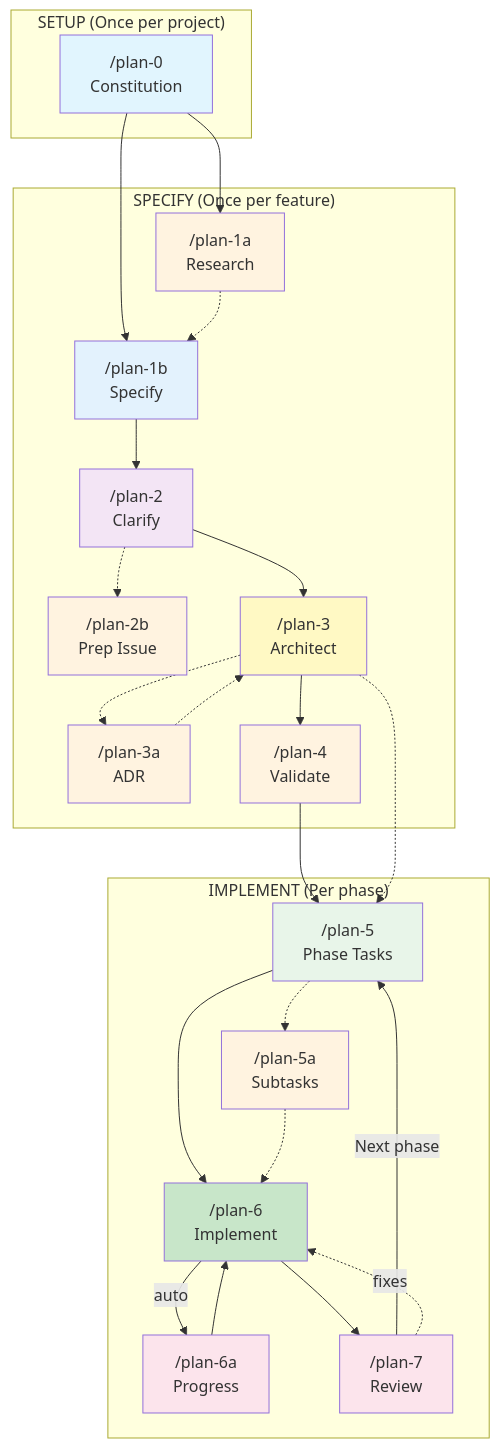
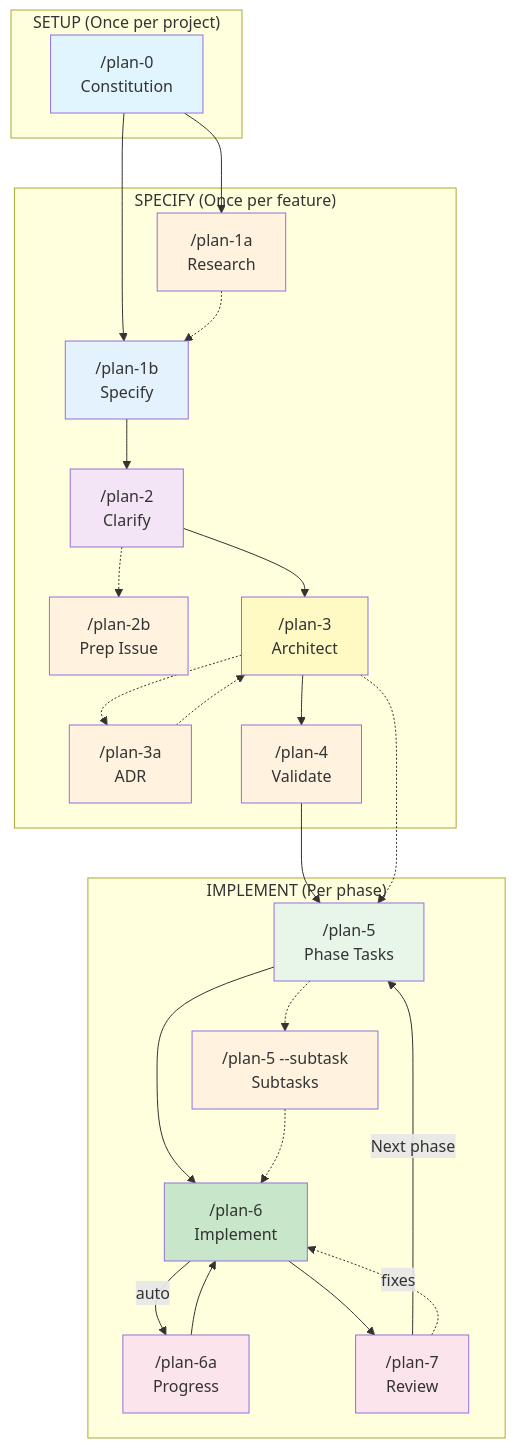
Before and after one commit to jakkaj/tools: the first of 2 diagrams in agents/commands/GETTING-STARTED.md, drawn with Mermaid. The commit also changed other lines of this file and 19 other files, not shown here.

First line of the commit message:
feat: Merge plan-5a into plan-5 --subtask and add plan command cleanup

````diff
--- a/agents/commands/GETTING-STARTED.md
+++ b/agents/commands/GETTING-STARTED.md
@@ -9,59 +9,59 @@
 ```mermaid
 flowchart TB
     subgraph setup["SETUP (Once per project)"]
         P0["/plan-0<br/>Constitution"]
     end
 
     subgraph specify["SPECIFY (Once per feature)"]
         P1A["/plan-1a<br/>Research"]
         P1B["/plan-1b<br/>Specify"]
         P2["/plan-2<br/>Clarify"]
         P2B["/plan-2b<br/>Prep Issue"]
         P3["/plan-3<br/>Architect"]
         P3A["/plan-3a<br/>ADR"]
         P4["/plan-4<br/>Validate"]
     end
 
     subgraph implement["IMPLEMENT (Per phase)"]
         P5["/plan-5<br/>Phase Tasks"]
-        P5A["/plan-5a<br/>Subtasks"]
+        P5ST["/plan-5 --subtask<br/>Subtasks"]
         P6["/plan-6<br/>Implement"]
         P6A["/plan-6a<br/>Progress"]
         P7["/plan-7<br/>Review"]
     end
 
     P0 --> P1A
     P0 --> P1B
     P1A -.-> P1B
     P1B --> P2
     P2 --> P3
     P2 -.-> P2B
     P3 -.-> P3A
     P3A -.-> P3
     P3 --> P4
     P4 --> P5
     P3 -.-> P5
 
     P5 --> P6
-    P5 -.-> P5A
-    P5A -.-> P6
+    P5 -.-> P5ST
+    P5ST -.-> P6
     P6 -->|auto| P6A
     P6A --> P6
     P6 --> P7
     P7 -->|Next phase| P5
     P7 -.->|fixes| P6
 
     style P0 fill:#e1f5fe
     style P1A fill:#fff3e0
     style P1B fill:#e3f2fd
     style P2 fill:#f3e5f5
     style P2B fill:#fff3e0
     style P3 fill:#fff9c4
     style P3A fill:#fff3e0
     style P4 fill:#fff3e0
     style P5 fill:#e8f5e9
-    style P5A fill:#fff3e0
+    style P5ST fill:#fff3e0
     style P6 fill:#c8e6c9
     style P6A fill:#fce4ec
     style P7 fill:#fce4ec
 ```
````
